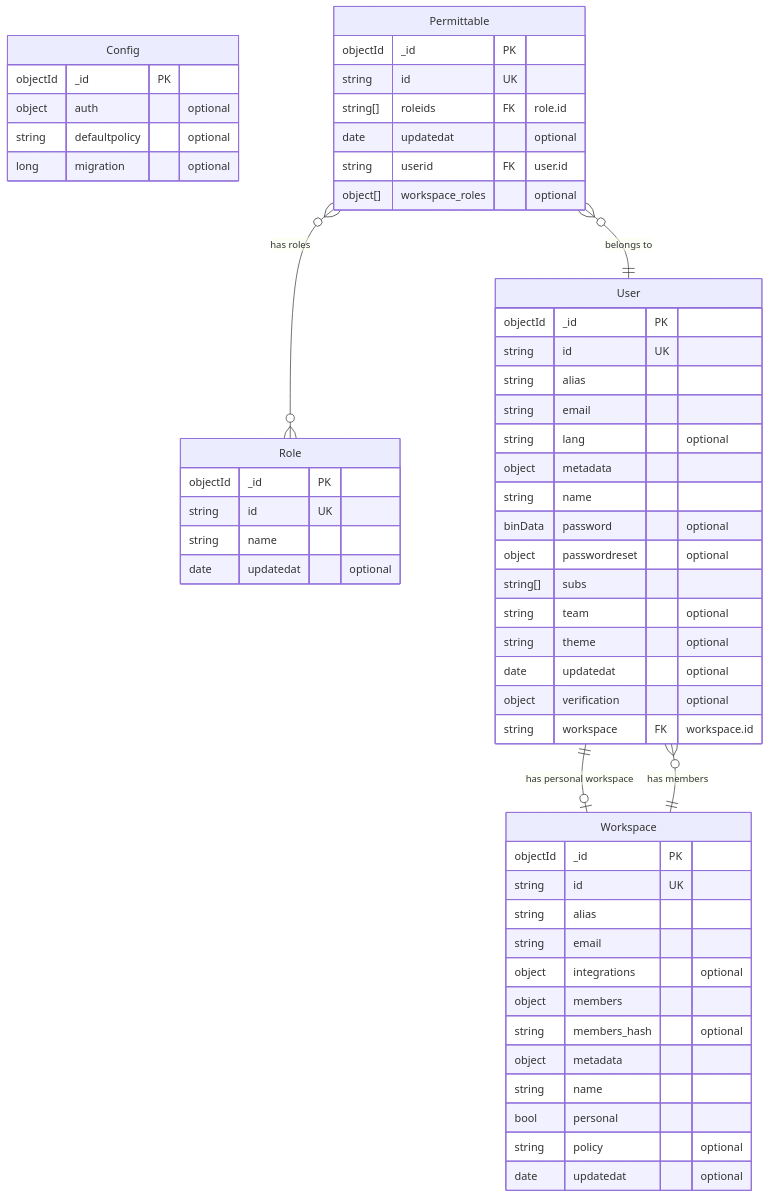
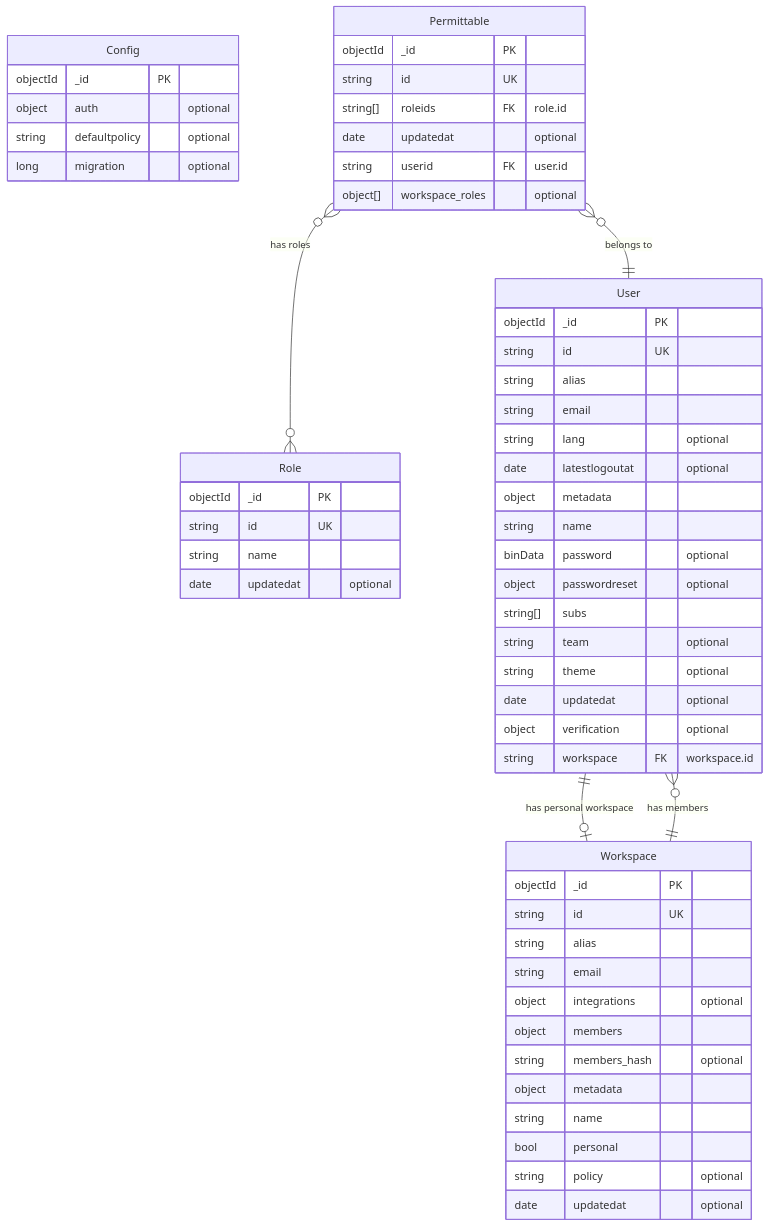
The diagram in server/internal/infrastructure/mongo/schema/ER.md (reearth/reearth-accounts), drawn with Mermaid before and after one commit. The commit also changed 16 other files, not shown here.

````diff
--- a/server/internal/infrastructure/mongo/schema/ER.md
+++ b/server/internal/infrastructure/mongo/schema/ER.md
@@ -5,63 +5,64 @@
 ```mermaid
 erDiagram
     Config {
         objectId _id PK
         object auth "optional"
         string defaultpolicy "optional"
         long migration "optional"
     }
 
     Permittable {
         objectId _id PK
         string id UK
         string[] roleids FK "role.id"
         date updatedat "optional"
         string userid FK "user.id"
         object[] workspace_roles "optional"
     }
 
     Role {
         objectId _id PK
         string id UK
         string name
         date updatedat "optional"
     }
 
     User {
         objectId _id PK
         string id UK
         string alias
         string email
         string lang "optional"
+        date latestlogoutat "optional"
         object metadata
         string name
         binData password "optional"
         object passwordreset "optional"
         string[] subs
         string team "optional"
         string theme "optional"
         date updatedat "optional"
         object verification "optional"
         string workspace FK "workspace.id"
     }
 
     Workspace {
         objectId _id PK
         string id UK
         string alias
         string email
         object integrations "optional"
         object members
         string members_hash "optional"
         object metadata
         string name
         bool personal
         string policy "optional"
         date updatedat "optional"
     }
 
     User ||--o| Workspace : "has personal workspace"
     Workspace ||--o{ User : "has members"
     Permittable }o--|| User : "belongs to"
     Permittable }o--o{ Role : "has roles"
 ```
````
